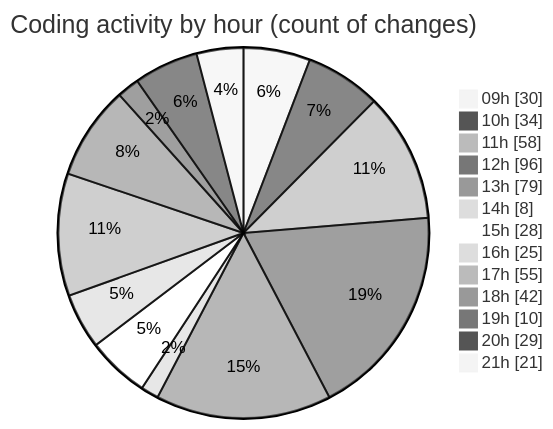
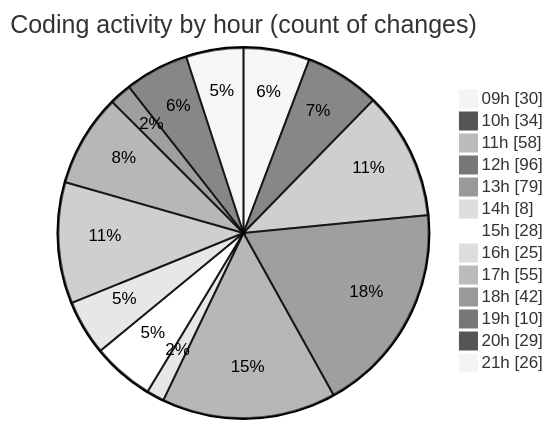
Before and after one commit to momahboobian/code-tracking: the second of 2 diagrams in 2025-04-02/cda/README.md, drawn with Mermaid (neutral theme). The commit also changed other lines of this file and 1 other file, not shown here.

````diff
--- a/2025-04-02/cda/README.md
+++ b/2025-04-02/cda/README.md
@@ -40,17 +40,17 @@
 ```mermaid
 pie showData
 title Coding activity by hour (count of changes)
 "09h" : 30
 "10h" : 34
 "11h" : 58
 "12h" : 96
 "13h" : 79
 "14h" : 8
 "15h" : 28
 "16h" : 25
 "17h" : 55
 "18h" : 42
 "19h" : 10
 "20h" : 29
-"21h" : 21
+"21h" : 26
 ```
````
